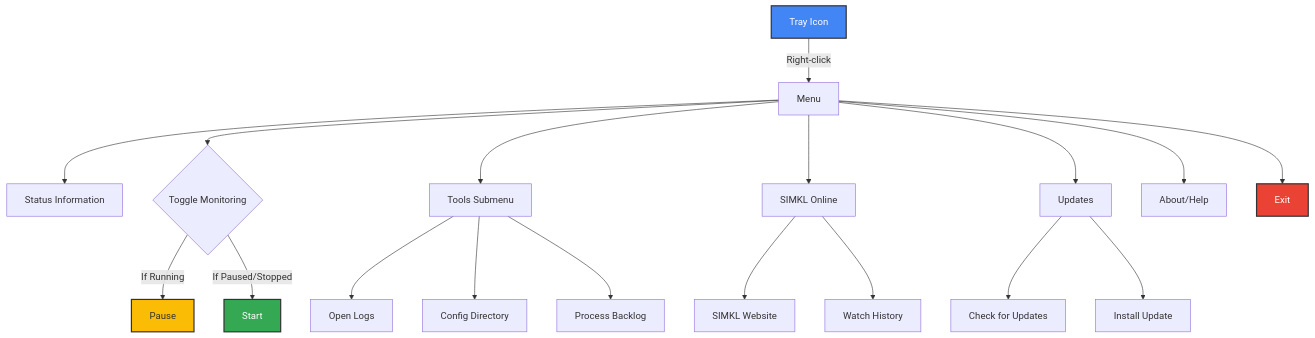
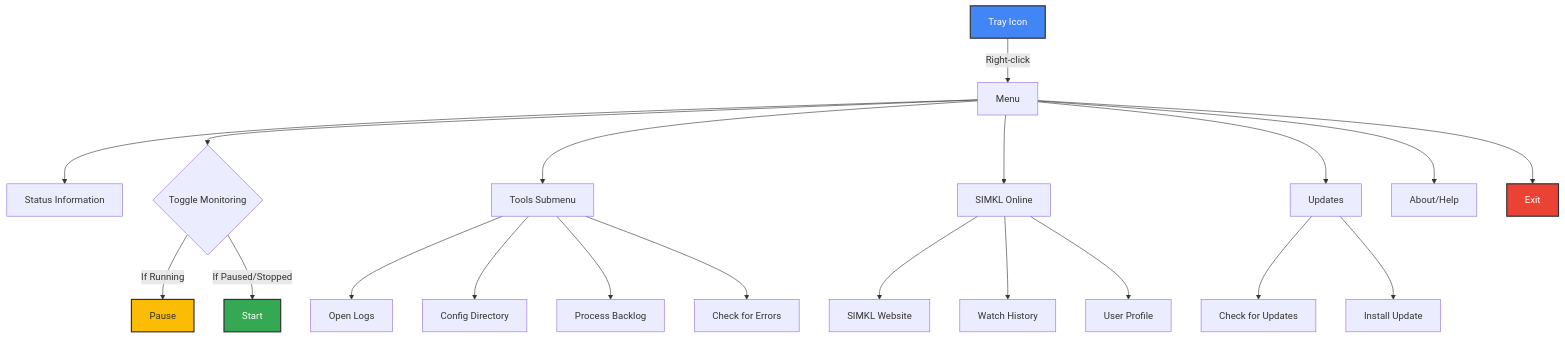
The third of 3 diagrams in docs/usage.md (ByteTrix/Media-Player-Scrobbler-for-Simkl), drawn with Mermaid before and after one commit. The commit also changed other lines of this file and 10 other files, not shown here.

````diff
--- a/docs/usage.md
+++ b/docs/usage.md
@@ -115,24 +135,26 @@
 ```mermaid
 flowchart TD
     A[Tray Icon] -->|Right-click| B[Menu]
     B --> C[Status Information]
     B --> D{Toggle Monitoring}
     D -->|If Running| E[Pause]
     D -->|If Paused/Stopped| F[Start]
     B --> G[Tools Submenu]
     G --> G1[Open Logs]
     G --> G2[Config Directory]
     G --> G3[Process Backlog]
+    G --> G4[Check for Errors]
     B --> H[SIMKL Online]
     H --> H1[SIMKL Website]
     H --> H2[Watch History]
+    H --> H3[User Profile]
     B --> I[Updates]
     I --> I1[Check for Updates]
     I --> I2[Install Update]
     B --> J[About/Help]
     B --> K[Exit]
     style A fill:#4285f4,stroke:#333,stroke-width:2px,color:#fff
     style F fill:#34a853,stroke:#333,stroke-width:2px,color:#fff
     style E fill:#fbbc05,stroke:#333,stroke-width:2px
     style K fill:#ea4335,stroke:#333,stroke-width:2px,color:#fff
 ```
````
